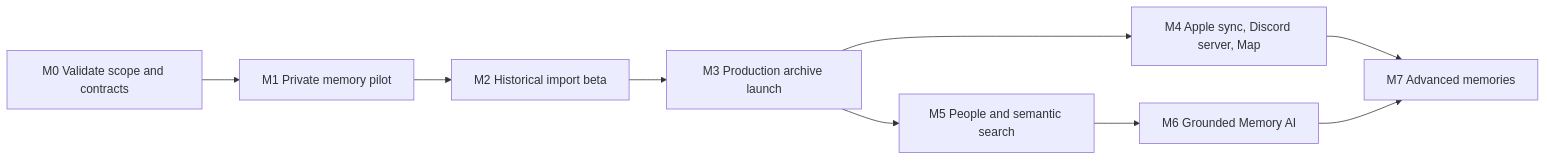
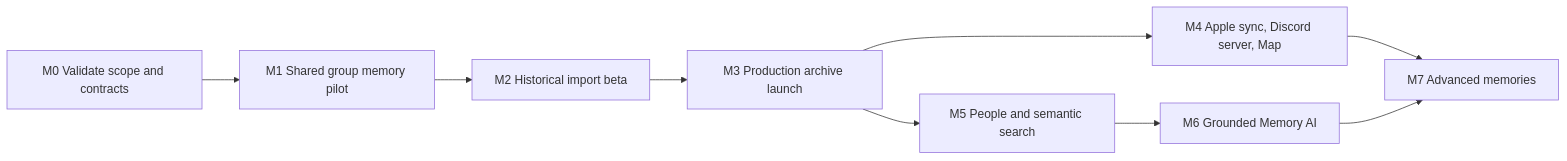
The diagram in docs/ROADMAP.md (dodoscoding/Mazi), drawn with Mermaid before and after one commit. The commit also changed other lines of this file and 31 other files, not shown here.

````diff
--- a/docs/ROADMAP.md
+++ b/docs/ROADMAP.md
@@ -17,11 +19,11 @@
 ```mermaid
 flowchart LR
-    M0["M0 Validate scope and contracts"] --> M1["M1 Private memory pilot"]
+    M0["M0 Validate scope and contracts"] --> M1["M1 Shared group memory pilot"]
     M1 --> M2["M2 Historical import beta"]
     M2 --> M3["M3 Production archive launch"]
     M3 --> M4["M4 Apple sync, Discord server, Map"]
     M3 --> M5["M5 People and semantic search"]
     M5 --> M6["M6 Grounded Memory AI"]
     M4 --> M7["M7 Advanced memories"]
     M6 --> M7
 ```
````
